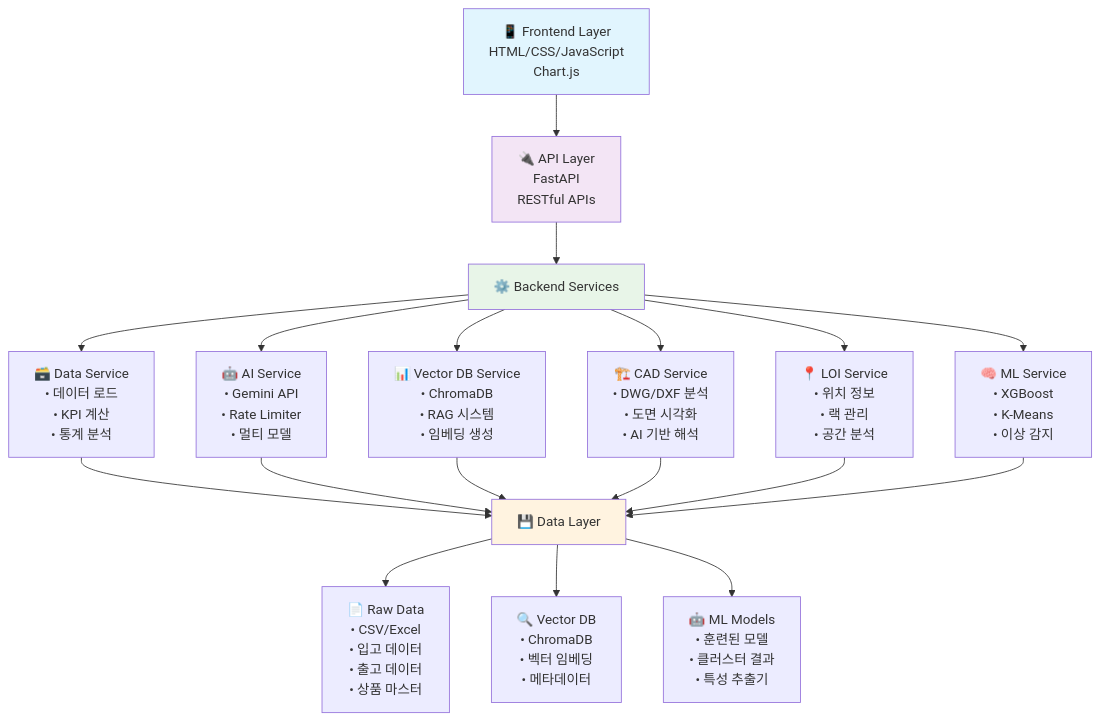
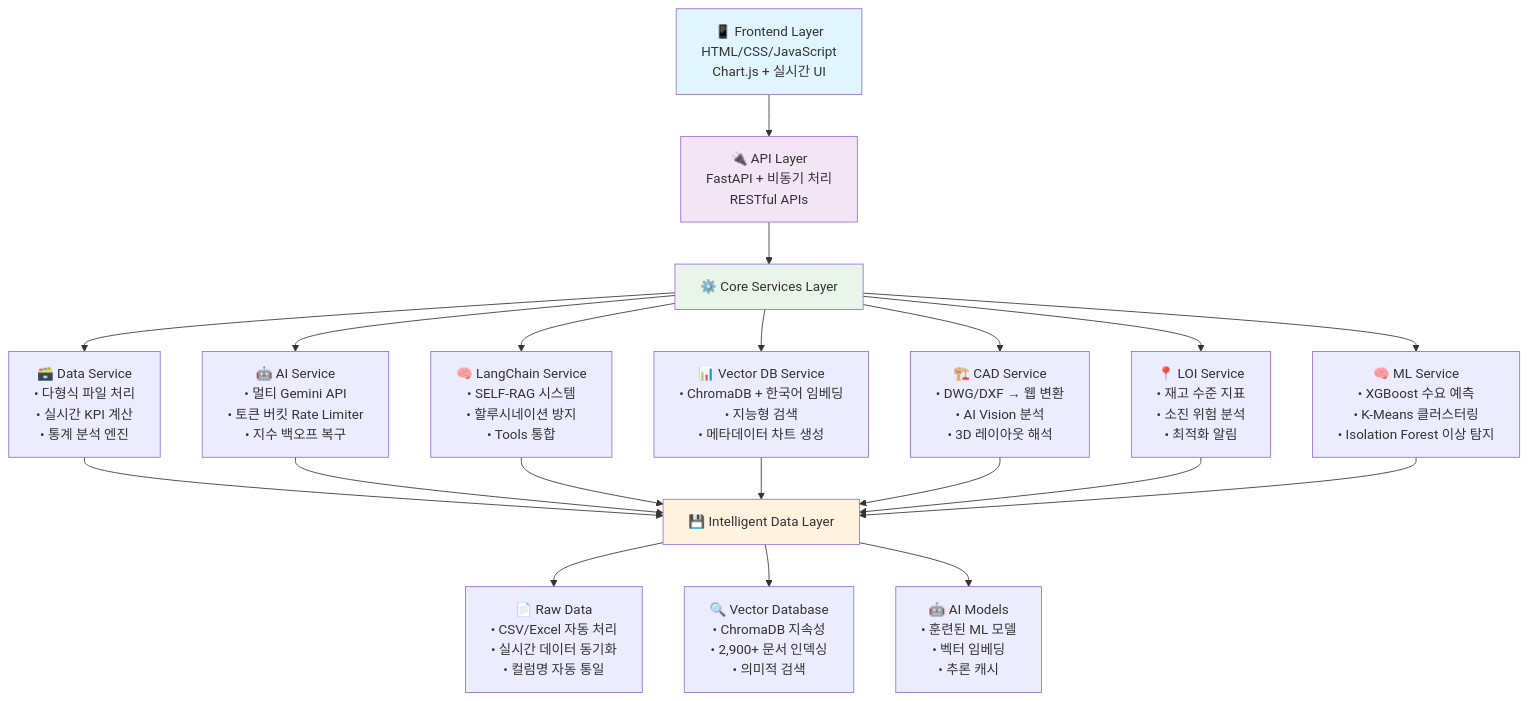
One commit to EnzoMH/vssasgn changed the diagram in README.md. Above: the diagram before and after it, drawn with Mermaid. The commit also changed other lines of this file, not shown here.

````diff
--- a/README.md
+++ b/README.md
@@ -5,29 +5,31 @@
 ```mermaid
 graph TD
-    A[📱 Frontend Layer<br/>HTML/CSS/JavaScript<br/>Chart.js] --> B[🔌 API Layer<br/>FastAPI<br/>RESTful APIs]
+    A[📱 Frontend Layer<br/>HTML/CSS/JavaScript<br/>Chart.js + 실시간 UI] --> B[🔌 API Layer<br/>FastAPI + 비동기 처리<br/>RESTful APIs]
 
-    B --> C[⚙️ Backend Services]
+    B --> C[⚙️ Core Services Layer]
 
-    C --> D[🗃️ Data Service<br/>• 데이터 로드<br/>• KPI 계산<br/>• 통계 분석]
-    C --> E[🤖 AI Service<br/>• Gemini API<br/>• Rate Limiter<br/>• 멀티 모델]
-    C --> F[📊 Vector DB Service<br/>• ChromaDB<br/>• RAG 시스템<br/>• 임베딩 생성]
-    C --> G[🏗️ CAD Service<br/>• DWG/DXF 분석<br/>• 도면 시각화<br/>• AI 기반 해석]
-    C --> H[📍 LOI Service<br/>• 위치 정보<br/>• 랙 관리<br/>• 공간 분석]
-    C --> I[🧠 ML Service<br/>• XGBoost<br/>• K-Means<br/>• 이상 감지]
+    C --> D[🗃️ Data Service<br/>• 다형식 파일 처리<br/>• 실시간 KPI 계산<br/>• 통계 분석 엔진]
+    C --> E[🤖 AI Service<br/>• 멀티 Gemini API<br/>• 토큰 버킷 Rate Limiter<br/>• 지수 백오프 복구]
+    C --> F[🧠 LangChain Service<br/>• SELF-RAG 시스템<br/>• 할루시네이션 방지<br/>• Tools 통합]
+    C --> G[📊 Vector DB Service<br/>• ChromaDB + 한국어 임베딩<br/>• 지능형 검색<br/>• 메타데이터 차트 생성]
+    C --> H[🏗️ CAD Service<br/>• DWG/DXF → 웹 변환<br/>• AI Vision 분석<br/>• 3D 레이아웃 해석]
+    C --> I[📍 LOI Service<br/>• 재고 수준 지표<br/>• 소진 위험 분석<br/>• 최적화 알림]
+    C --> J[🧠 ML Service<br/>• XGBoost 수요 예측<br/>• K-Means 클러스터링<br/>• Isolation Forest 이상 탐지]
 
-    D --> J[💾 Data Layer]
-    E --> J
-    F --> J
-    G --> J
-    H --> J
-    I --> J
+    D --> K[💾 Intelligent Data Layer]
+    E --> K
+    F --> K
+    G --> K
+    H --> K
+    I --> K
+    J --> K
 
-    J --> K[📄 Raw Data<br/>• CSV/Excel<br/>• 입고 데이터<br/>• 출고 데이터<br/>• 상품 마스터]
-    J --> L[🔍 Vector DB<br/>• ChromaDB<br/>• 벡터 임베딩<br/>• 메타데이터]
-    J --> M[🤖 ML Models<br/>• 훈련된 모델<br/>• 클러스터 결과<br/>• 특성 추출기]
+    K --> L[📄 Raw Data<br/>• CSV/Excel 자동 처리<br/>• 실시간 데이터 동기화<br/>• 컬럼명 자동 통일]
+    K --> M[🔍 Vector Database<br/>• ChromaDB 지속성<br/>• 2,900+ 문서 인덱싱<br/>• 의미적 검색]
+    K --> N[🤖 AI Models<br/>• 훈련된 ML 모델<br/>• 벡터 임베딩<br/>• 추론 캐시]
 
     style A fill:#e1f5fe
     style B fill:#f3e5f5
     style C fill:#e8f5e8
-    style J fill:#fff3e0
+    style K fill:#fff3e0
 ```
````
